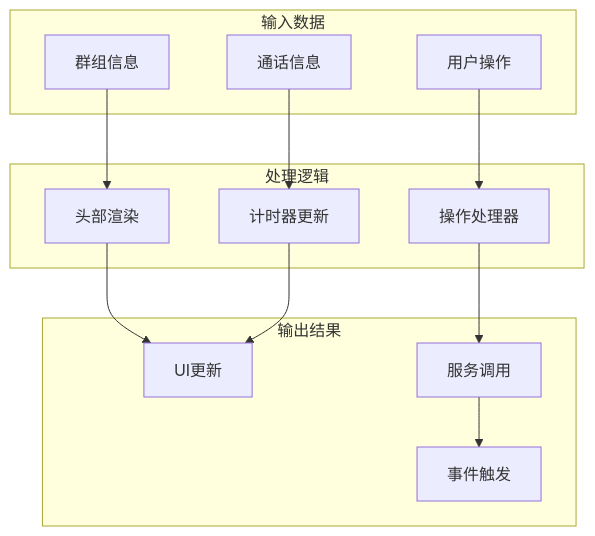
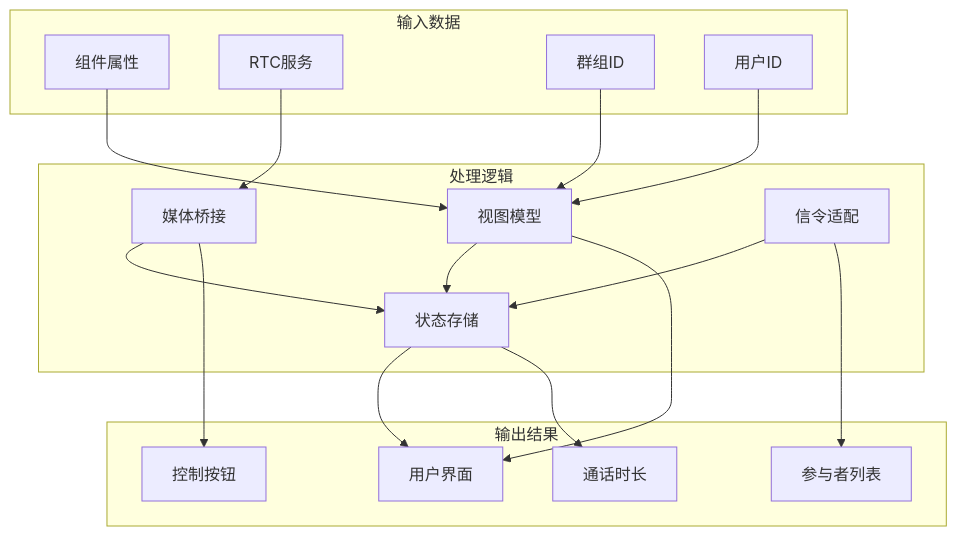
The seventh of 7 diagrams in .qoder/repowiki/zh/content/核心组件/群组通话组件/群组通话头部栏.md (Easemob-Community/easemob-uikit-callkit-vue3), drawn with Mermaid before and after one commit. The commit also changed other lines of this file and 54 other files, not shown here.

First line of the commit message:
refactor: 清理废弃代码 + 移出 RtcService 实例 + API 便捷性优化

````diff
--- a/.qoder/repowiki/zh/content/核心组件/群组通话组件/群组通话头部栏.md
+++ b/.qoder/repowiki/zh/content/核心组件/群组通话组件/群组通话头部栏.md
@@ -309,25 +332,33 @@
 ```mermaid
 flowchart TD
 subgraph "输入数据"
-GroupInfo[群组信息]
-CallInfo[通话信息]
-UserAction[用户操作]
+Props[组件属性]
+RtcService[RTC服务]
+GroupId[群组ID]
+UserId[用户ID]
 end
 subgraph "处理逻辑"
-HeaderRender[头部渲染]
-TimerUpdate[计时器更新]
-ActionHandler[操作处理器]
+ViewModel[视图模型]
+Store[状态存储]
+MediaBridge[媒体桥接]
+Signaling[信令适配]
 end
 subgraph "输出结果"
-UIUpdate[UI更新]
-ServiceCall[服务调用]
-EventEmit[事件触发]
+UI[用户界面]
+Participants[参与者列表]
+Controls[控制按钮]
+Duration[通话时长]
 end
-GroupInfo --> HeaderRender
-CallInfo --> TimerUpdate
-UserAction --> ActionHandler
-HeaderRender --> UIUpdate
-TimerUpdate --> UIUpdate
-ActionHandler --> ServiceCall
-ServiceCall --> EventEmit
+Props --> ViewModel
+RtcService --> MediaBridge
+GroupId --> ViewModel
+UserId --> ViewModel
+ViewModel --> Store
+MediaBridge --> Store
+Signaling --> Store
+Store --> UI
+ViewModel --> UI
+MediaBridge --> Controls
+Signaling --> Participants
+Store --> Duration
 ```
````
